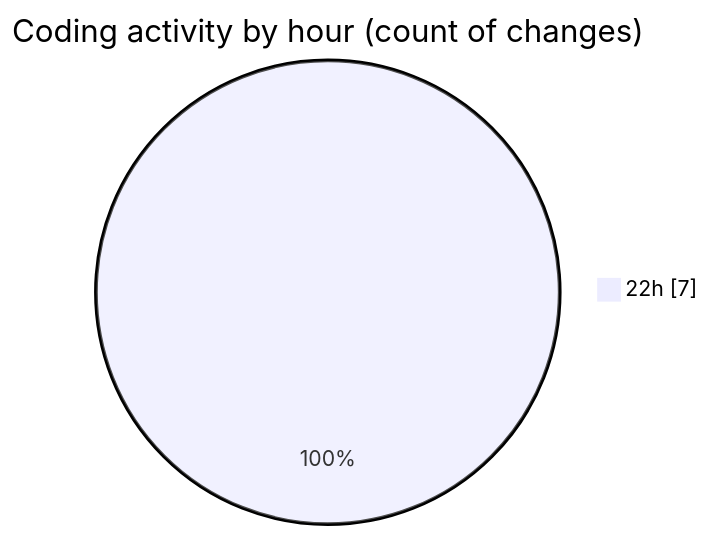
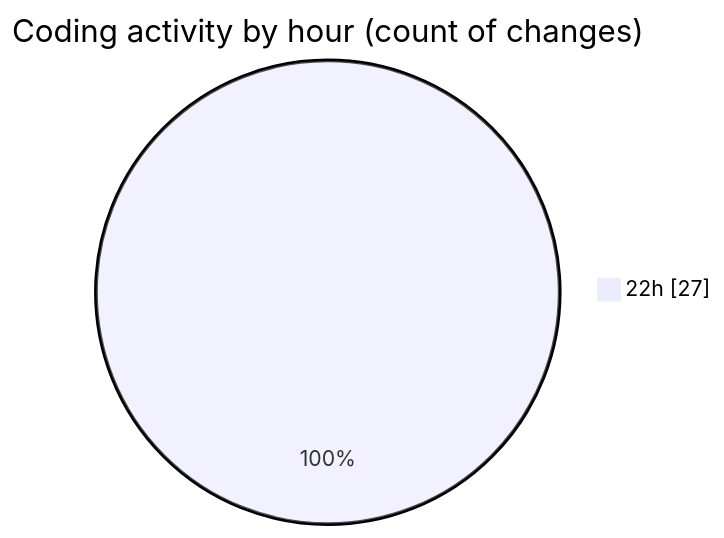
One commit to hasnaa123/code-tracking changed the second of 2 diagrams in 2025-12-25/java_basics/README.md. Above: the diagram before and after it, drawn with Mermaid. The commit also changed other lines of this file and 1 other file, not shown here.

````diff
--- a/2025-12-25/java_basics/README.md
+++ b/2025-12-25/java_basics/README.md
@@ -30,5 +37,5 @@
 ```mermaid
 pie showData
 title Coding activity by hour (count of changes)
-"22h" : 7
+"22h" : 27
 ```
````
